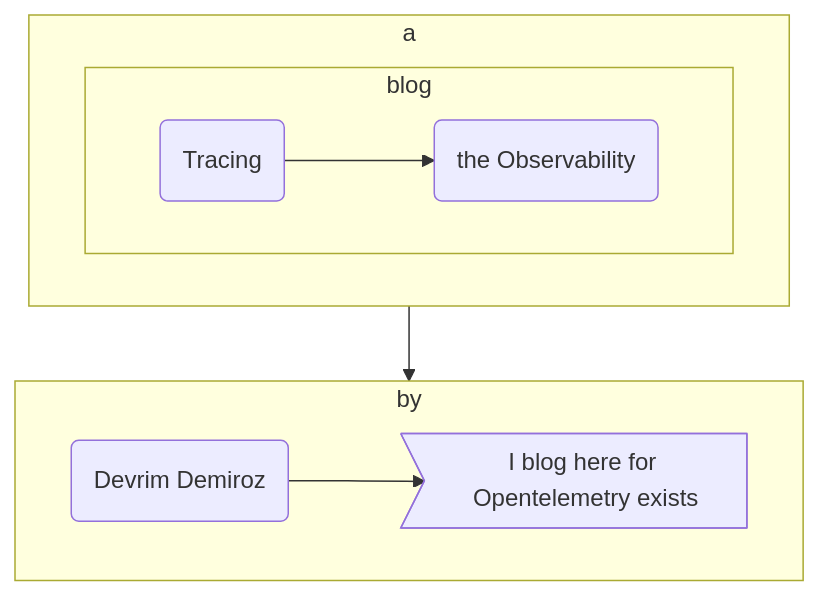
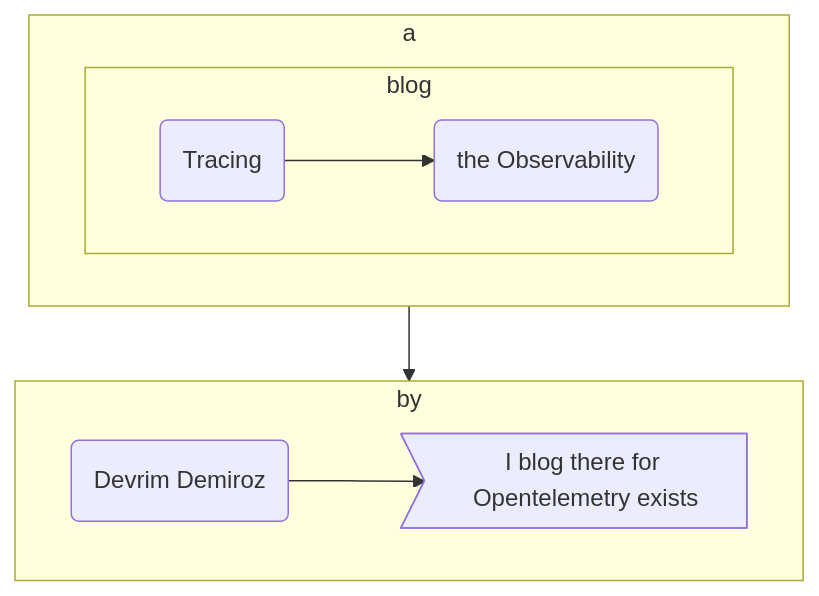
One commit to devrimdemiroz/devrimdemiroz.github.io changed the diagram in docs/README.md. Above: the diagram before and after it, drawn with Mermaid.

````diff
--- a/docs/README.md
+++ b/docs/README.md
@@ -3,26 +3,26 @@
 ```mermaid
 flowchart TD
     subgraph by
             DD(Devrim Demiroz)
-            DD-->Descartes>I blog here for Opentelemetry exists]
+            DD-->Descartes>I blog there for Opentelemetry exists]
         end
     subgraph a
         direction LR
         
         subgraph blog
          direction LR
             Tracing(Tracing)
             Tracing --> the(the Observability)
         end
         
-        
+        click Tracing "http://www.github.com"
     end
 
     
     
     blog --> by        
     
         
 
   
 ```
````
